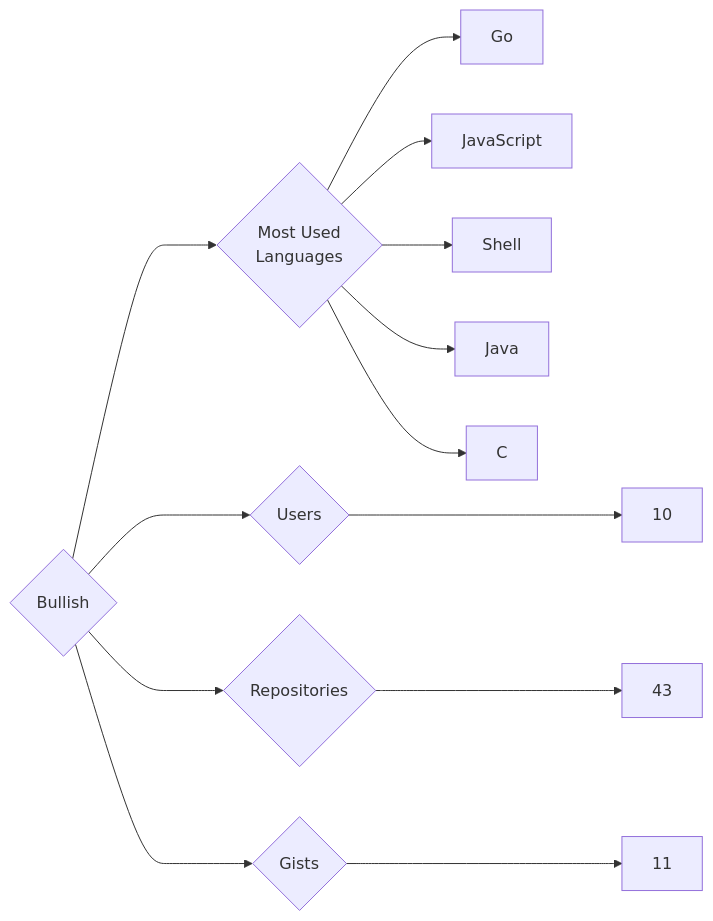
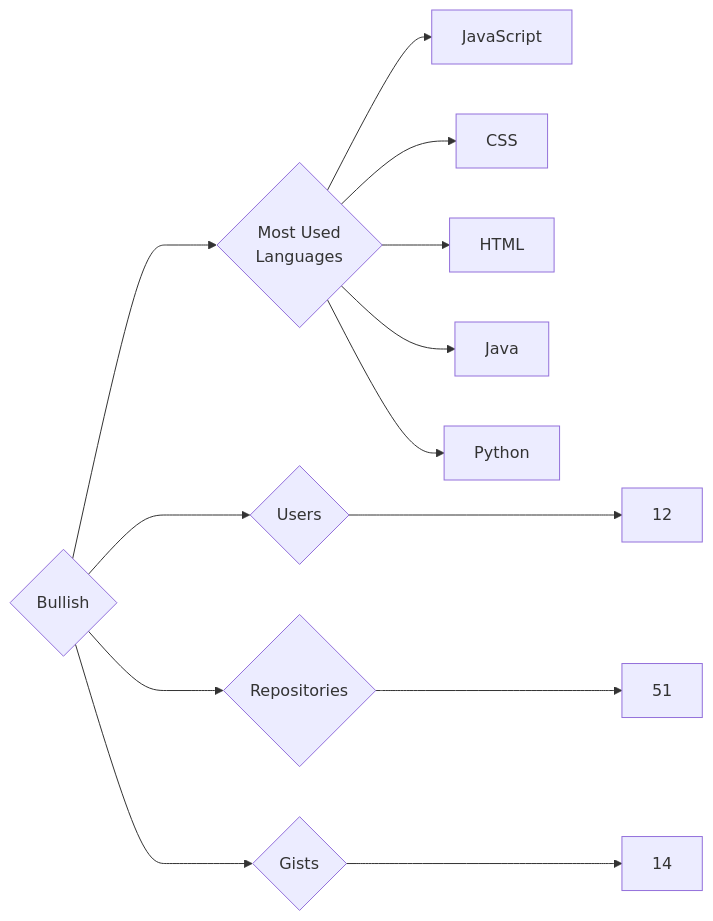
One commit to trickest/insiders changed the diagram in targets/Bullish/README.md. Above: the diagram before and after it, drawn with Mermaid. The commit also changed 1084 other files, not shown here.

````diff
--- a/targets/Bullish/README.md
+++ b/targets/Bullish/README.md
@@ -3,13 +3,13 @@
 ```mermaid
 graph LR
 COMPANY_NAME{Bullish}
-COMPANY_NAME ---> U{Users} ---> UN[10]
-COMPANY_NAME ---> R{Repositories} ---> RN[43]
-COMPANY_NAME ---> G{Gists} ---> GN[11]
+COMPANY_NAME ---> U{Users} ---> UN[12]
+COMPANY_NAME ---> R{Repositories} ---> RN[51]
+COMPANY_NAME ---> G{Gists} ---> GN[14]
 COMPANY_NAME ---> ML{Most Used<br>Languages}
-ML --> Go[Go]
 ML --> JavaScript[JavaScript]
-ML --> Shell[Shell]
+ML --> CSS[CSS]
+ML --> HTML[HTML]
 ML --> Java[Java]
-ML --> C[C]
+ML --> Python[Python]
 ```
````
